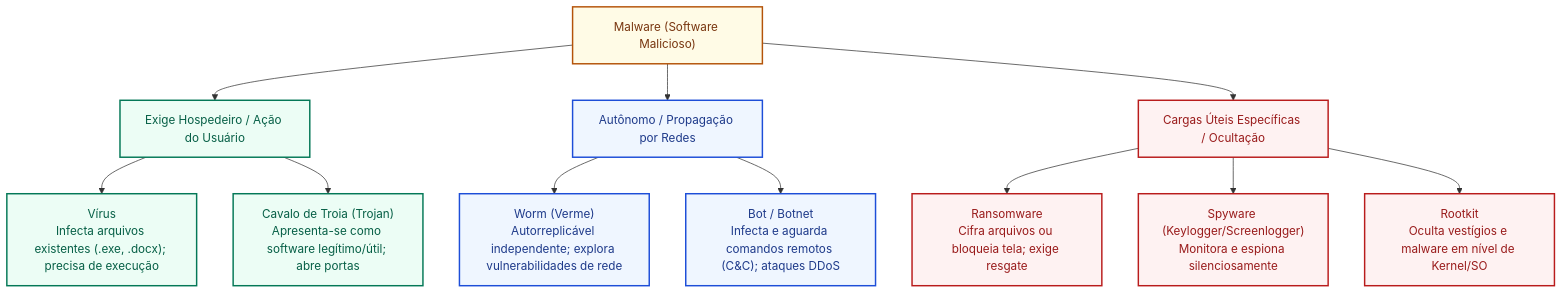
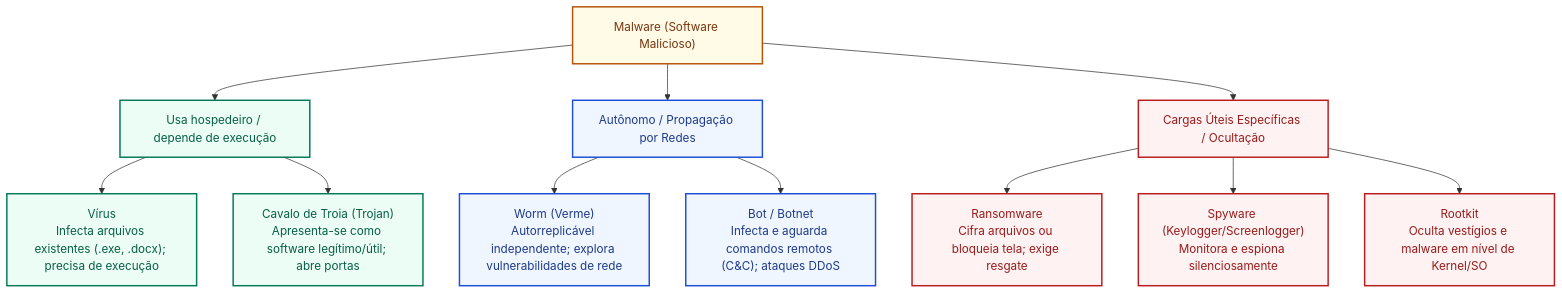
Before and after one commit to leorruas/concursos: the first of 2 diagrams in 3 - Materias/Informatica/14 - malware virus worm trojan ransomware spyware e rootkit.md, drawn with Mermaid. The commit also changed other lines of this file, not shown here.

````diff
--- a/3 - Materias/Informatica/14 - malware virus worm trojan ransomware spyware e rootkit.md
+++ b/3 - Materias/Informatica/14 - malware virus worm trojan ransomware spyware e rootkit.md
@@ -21,23 +21,23 @@
 ```mermaid
 flowchart TD
     classDef raiz fill:#fffbe6,stroke:#b45309,stroke-width:2px,color:#78350f;
     classDef hospedeiro fill:#ecfdf5,stroke:#047857,stroke-width:2px,color:#065f46;
     classDef autonomo fill:#eff6ff,stroke:#1d4ed8,stroke-width:2px,color:#1e3a8a;
     classDef carga fill:#fef2f2,stroke:#b91c1c,stroke-width:2px,color:#991b1b;
 
     M["Malware (Software Malicioso)"]:::raiz
 
-    M --> H["Exige Hospedeiro / Ação do Usuário"]:::hospedeiro
+    M --> H["Usa hospedeiro / depende de execução"]:::hospedeiro
     M --> A["Autônomo / Propagação por Redes"]:::autonomo
     M --> C["Cargas Úteis Específicas / Ocultação"]:::carga
 
     H --> Virus["Vírus<br>Infecta arquivos existentes (.exe, .docx); precisa de execução"]:::hospedeiro
     H --> Trojan["Cavalo de Troia (Trojan)<br>Apresenta-se como software legítimo/útil; abre portas"]:::hospedeiro
 
     A --> Worm["Worm (Verme)<br>Autorreplicável independente; explora vulnerabilidades de rede"]:::autonomo
     A --> Bot["Bot / Botnet<br>Infecta e aguarda comandos remotos (C&C); ataques DDoS"]:::autonomo
 
     C --> Ransomware["Ransomware<br>Cifra arquivos ou bloqueia tela; exige resgate"]:::carga
     C --> Spyware["Spyware (Keylogger/Screenlogger)<br>Monitora e espiona silenciosamente"]:::carga
     C --> Rootkit["Rootkit<br>Oculta vestígios e malware em nível de Kernel/SO"]:::carga
 ```
````
